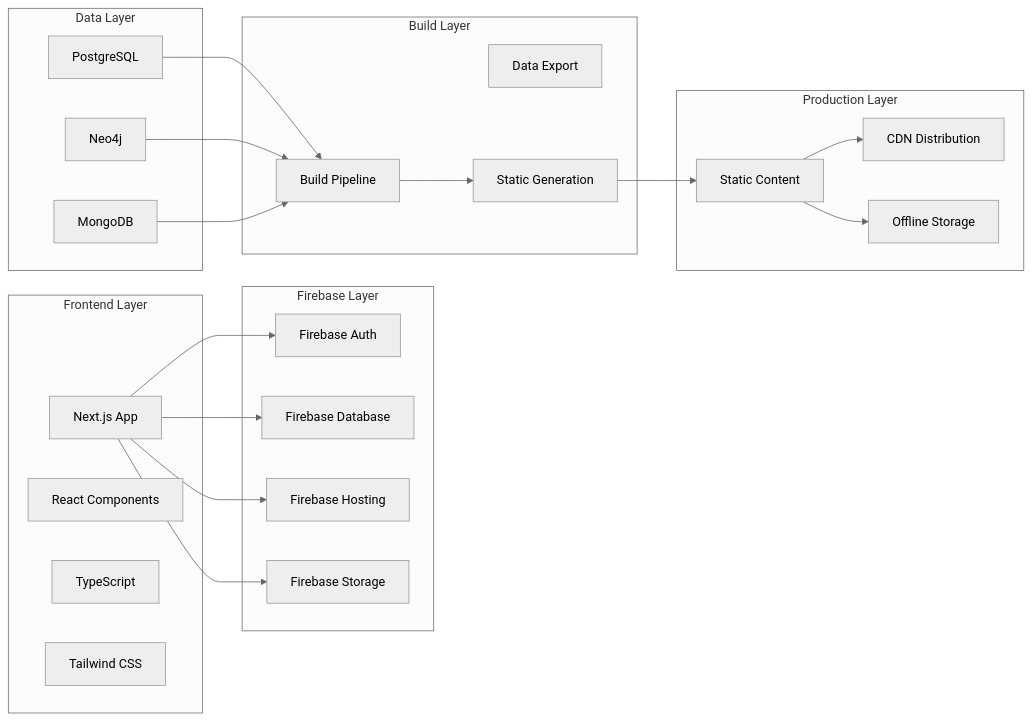
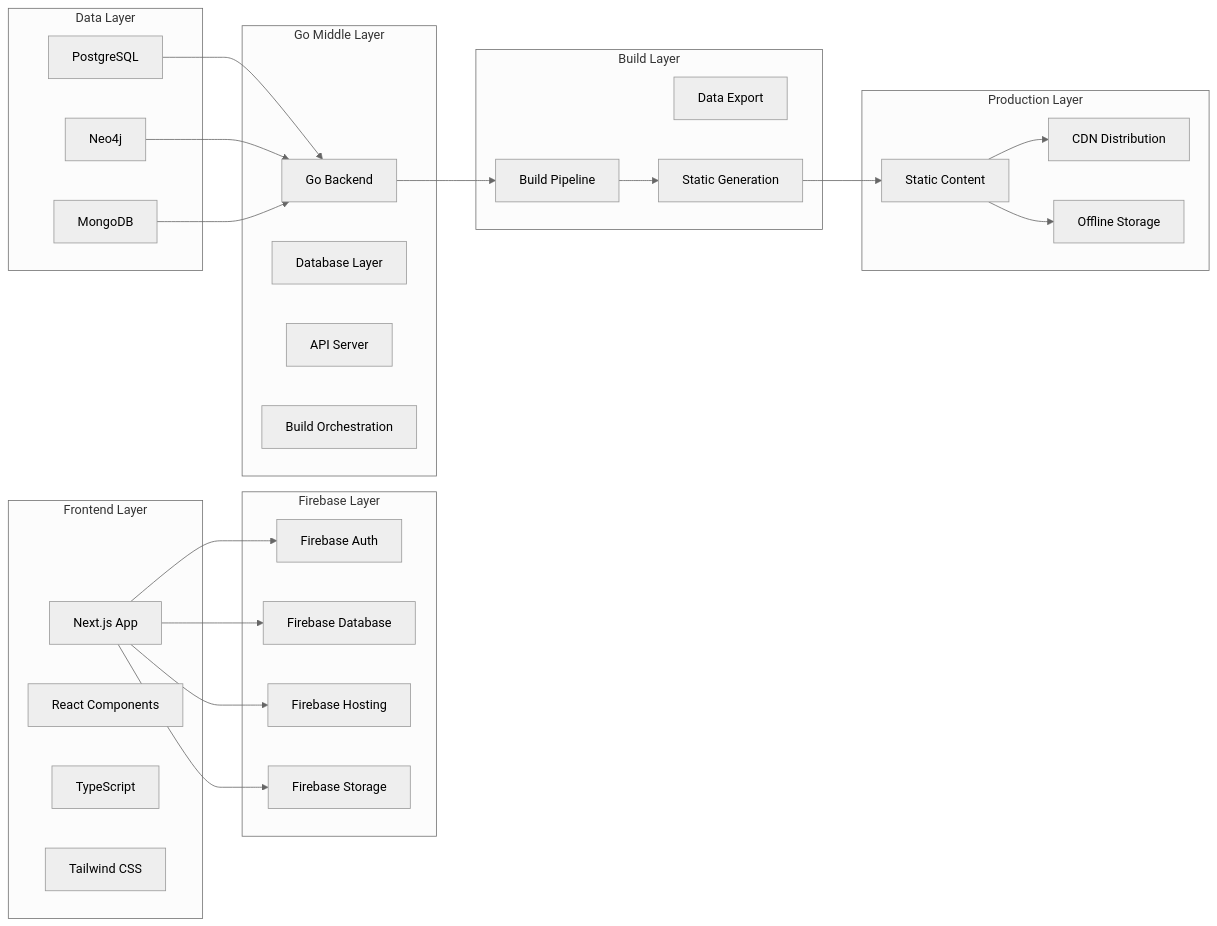
Before and after one commit to Dragon745/MuslimTree.org: the second of 30 diagrams in Docs/Planning & Analysis Stage/04. system-architecture-document.md, drawn with Mermaid (neutral theme). The commit also changed other lines of this file, not shown here.

Commit message:
Update 04. system-architecture-document.md

````diff
--- a/Docs/Planning & Analysis Stage/04. system-architecture-document.md
+++ b/Docs/Planning & Analysis Stage/04. system-architecture-document.md
@@ -90,46 +91,54 @@
 ```mermaid
 graph LR
     subgraph "Frontend Layer"
         NX[Next.js App]
         RE[React Components]
         TS[TypeScript]
         TW[Tailwind CSS]
     end
 
     subgraph "Firebase Layer"
         FA[Firebase Auth]
         FD[Firebase Database]
         FH[Firebase Hosting]
         FS[Firebase Storage]
+    end
+
+    subgraph "Go Middle Layer"
+        GO[Go Backend]
+        GD[Database Layer]
+        GA[API Server]
+        GB[Build Orchestration]
     end
 
     subgraph "Data Layer"
         PG[PostgreSQL]
         NG[Neo4j]
         MG[MongoDB]
     end
 
     subgraph "Build Layer"
         BP[Build Pipeline]
         DE[Data Export]
         SG[Static Generation]
     end
 
     subgraph "Production Layer"
         CD[CDN Distribution]
         SC[Static Content]
         OF[Offline Storage]
     end
 
     NX --> FA
     NX --> FD
     NX --> FH
     NX --> FS
-    PG --> BP
-    NG --> BP
-    MG --> BP
+    PG --> GO
+    NG --> GO
+    MG --> GO
+    GO --> BP
     BP --> SG
     SG --> SC
     SC --> CD
     SC --> OF
 ```
````
